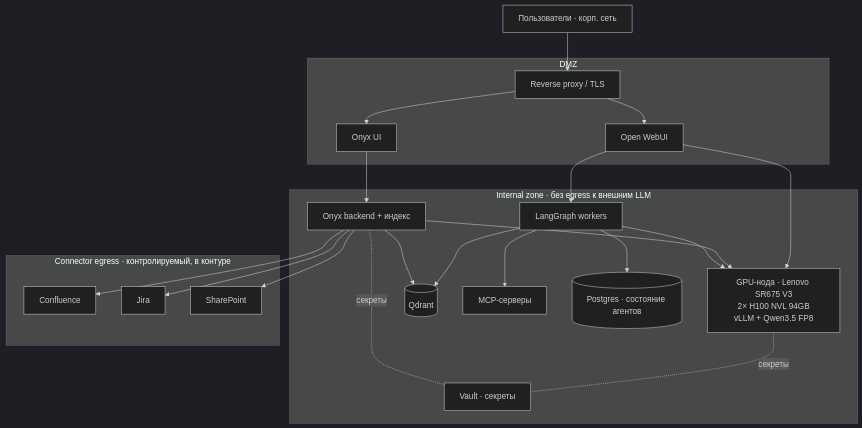
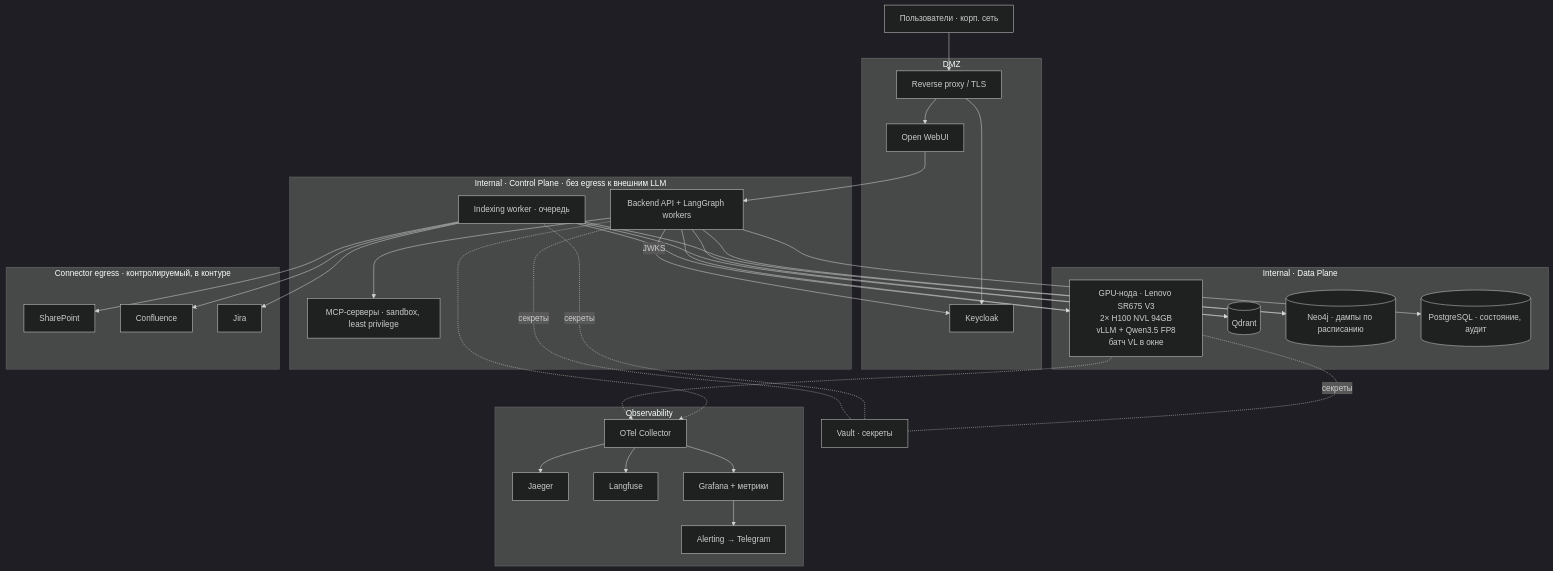
One commit to ZubikIT/ai-architect changed the fourth of 4 diagrams in final-project/diagrams/c4.md. Above: the diagram before and after it, drawn with Mermaid (dark theme). The commit also changed other lines of this file, not shown here.

First line of the commit message:
docs(final-project/diagrams): C4 обновлён под GraphRAG, MAS и разделение Control/Data Plane

````diff
--- a/final-project/diagrams/c4.md
+++ b/final-project/diagrams/c4.md
@@ -127,44 +168,62 @@
 ```mermaid
 flowchart TB
   user["Пользователи · корп. сеть"]
 
   subgraph dmz["DMZ"]
     proxy["Reverse proxy / TLS"]
     owuiD["Open WebUI"]
-    onyxUI["Onyx UI"]
+    kc["Keycloak"]
   end
 
-  subgraph internal["Internal zone · без egress к внешним LLM"]
-    gpu["GPU-нода · Lenovo SR675 V3<br/>2× H100 NVL 94GB<br/>vLLM + Qwen3.5 FP8"]
+  subgraph internalCP["Internal · Control Plane · без egress к внешним LLM"]
+    apiD["Backend API + LangGraph workers"]
+    mcpD["MCP-серверы · sandbox, least privilege"]
+    ingD["Indexing worker · очередь"]
+  end
+
+  subgraph internalDP["Internal · Data Plane"]
+    gpu["GPU-нода · Lenovo SR675 V3<br/>2× H100 NVL 94GB<br/>vLLM + Qwen3.5 FP8<br/>батч VL в окне"]
     qdrD[("Qdrant")]
-    onyxB["Onyx backend + индекс"]
-    lg["LangGraph workers"]
-    mcpD["MCP-серверы"]
-    pg[("Postgres · состояние агентов")]
-    vaultD["Vault · секреты"]
+    neoD[("Neo4j · дампы по расписанию")]
+    pgD[("PostgreSQL · состояние, аудит")]
+  end
+
+  subgraph obsD["Observability"]
+    otelD["OTel Collector"]
+    jaeD["Jaeger"]
+    lfD["Langfuse"]
+    grafD["Grafana + метрики"]
+    tg["Alerting → Telegram"]
   end
 
   subgraph conn["Connector egress · контролируемый, в контуре"]
+    sp2["SharePoint"]
     conf2["Confluence"]
     jira2["Jira"]
-    sp2["SharePoint"]
   end
 
-  user --> proxy
-  proxy --> owuiD
-  proxy --> onyxUI
-  owuiD --> gpu
-  owuiD --> lg
-  onyxUI --> onyxB
-  onyxB --> gpu
-  lg --> gpu
-  lg --> qdrD
-  lg --> mcpD
-  lg --> pg
-  onyxB --> qdrD
-  onyxB --> conf2
-  onyxB --> jira2
-  onyxB --> sp2
+  vaultD["Vault · секреты"]
+
+  user --> proxy --> owuiD --> apiD
+  proxy --> kc
+  apiD -->|"JWKS"| kc
+  apiD --> gpu
+  apiD --> qdrD
+  apiD --> neoD
+  apiD --> pgD
+  apiD --> mcpD
+  ingD --> sp2
+  ingD --> conf2
+  ingD --> jira2
+  ingD --> gpu
+  ingD --> qdrD
+  ingD --> neoD
+  apiD -.-> otelD
+  gpu -.-> otelD
+  otelD --> jaeD
+  otelD --> lfD
+  otelD --> grafD --> tg
   gpu -. секреты .- vaultD
-  onyxB -. секреты .- vaultD
+  ingD -. секреты .- vaultD
+  apiD -. секреты .- vaultD
 ```
````
